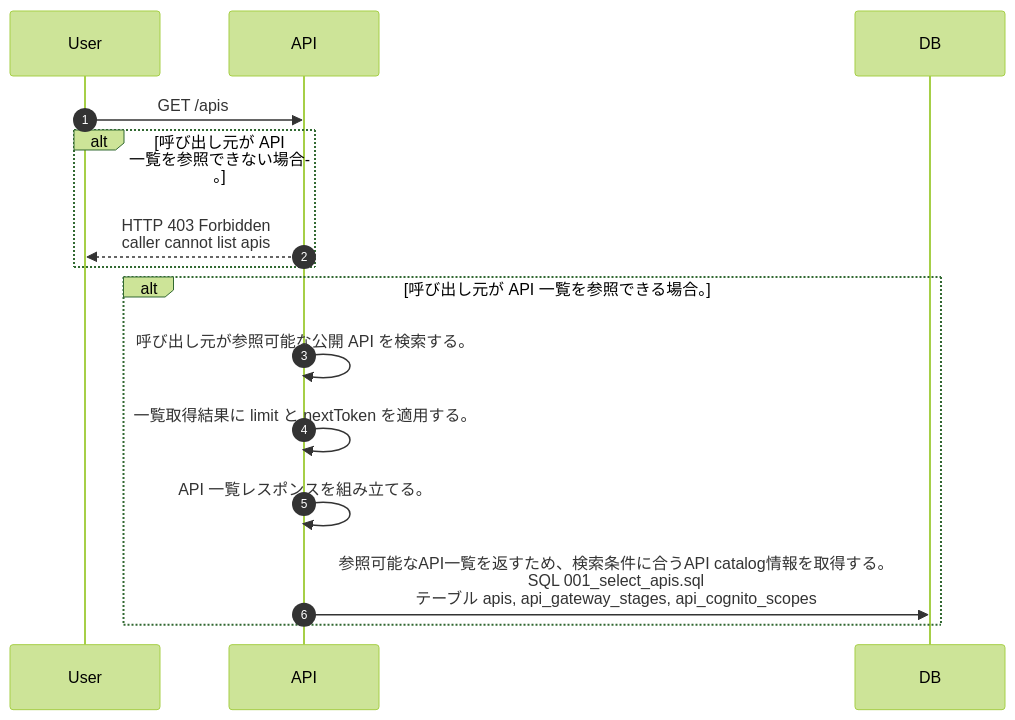
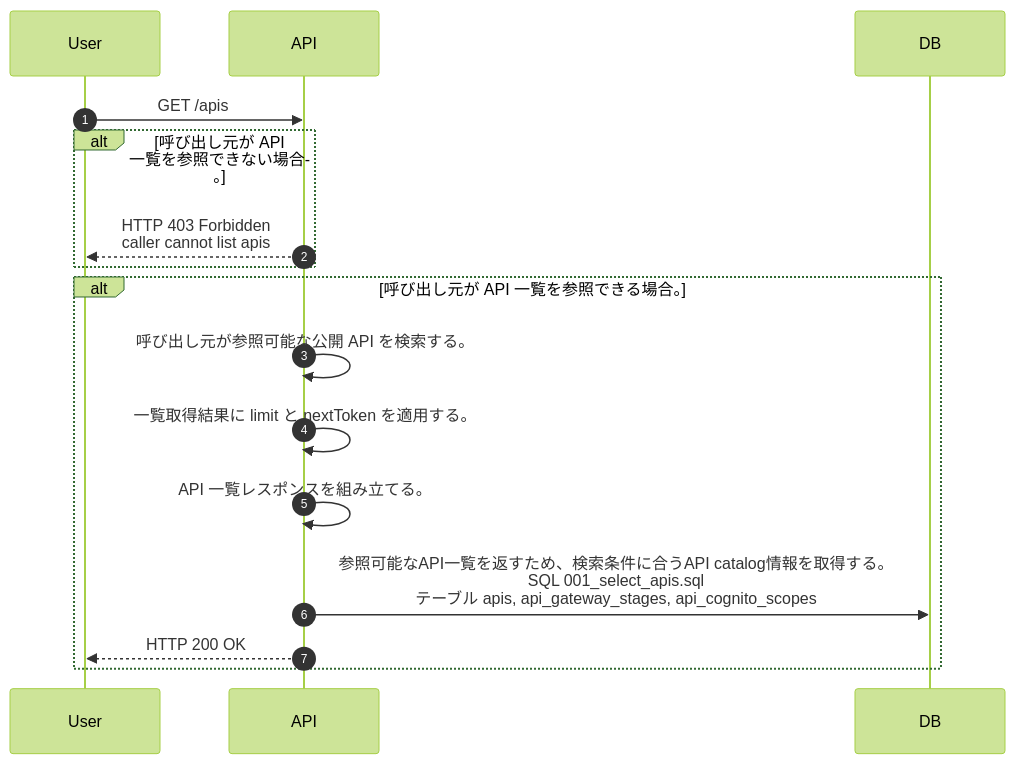
Before and after one commit to tsuji-tomonori/lazunex: the diagram in docs/spec/40.apis/apis/list_apis/sequence_gen.md, drawn with Mermaid (forest theme). The commit also changed 15 other files, not shown here.

````diff
--- a/docs/spec/40.apis/apis/list_apis/sequence_gen.md
+++ b/docs/spec/40.apis/apis/list_apis/sequence_gen.md
@@ -5,17 +5,18 @@
 ```mermaid
 sequenceDiagram
   autonumber
   participant User as User
   participant API as API
   participant DB as DB
   User->>API: GET /apis
   alt 呼び出し元が API 一覧を参照できない場合。
     API-->>User: HTTP 403 Forbidden<br/>caller cannot list apis
   end
   alt 呼び出し元が API 一覧を参照できる場合。
     API->>API: 呼び出し元が参照可能な公開 API を検索する。
     API->>API: 一覧取得結果に limit と nextToken を適用する。
     API->>API: API 一覧レスポンスを組み立てる。
     API->>DB: 参照可能なAPI一覧を返すため、検索条件に合うAPI catalog情報を取得する。<br/>SQL 001_select_apis.sql<br/>テーブル apis, api_gateway_stages, api_cognito_scopes
+    API-->>User: HTTP 200 OK
   end
 ```
````
